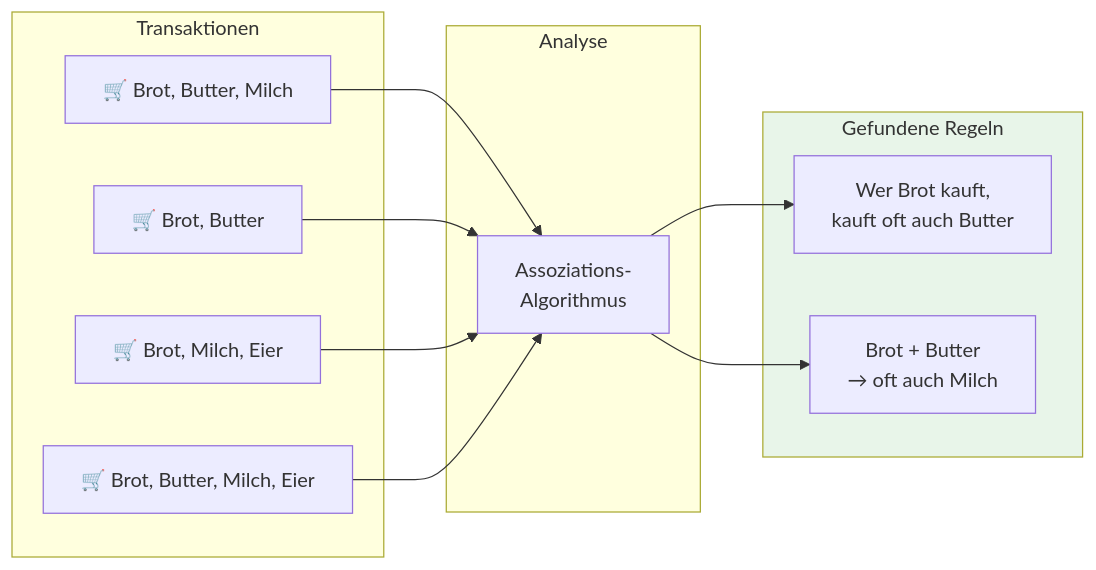
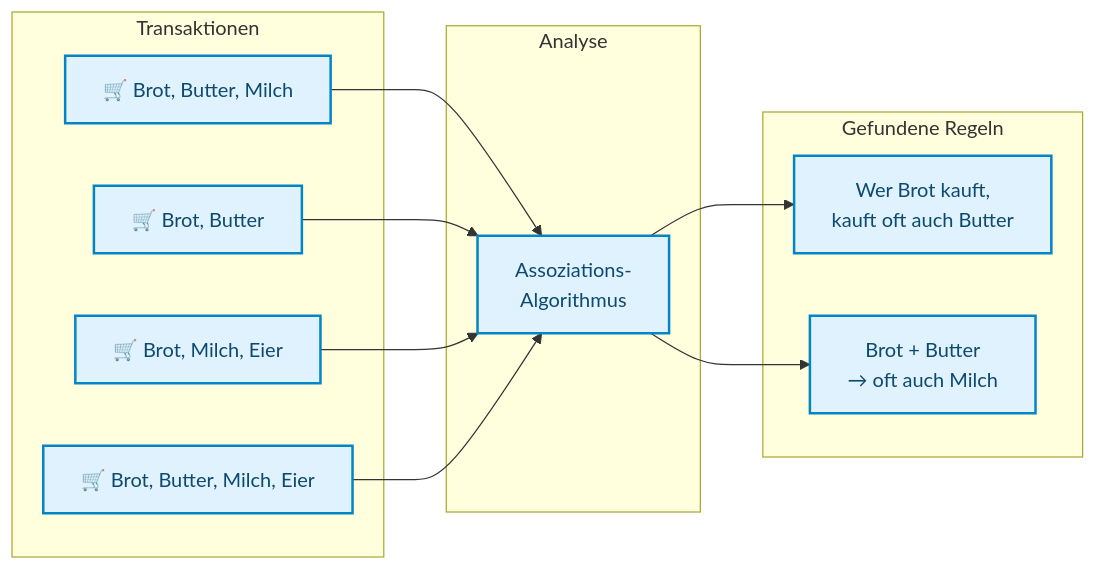
One commit to ralf-42/ML_Intro changed diagram 12 of 14 in docs/concepts/grundlagen/machine_learning_grundlagen.md. Above: the diagram before and after it, drawn with Mermaid. The commit also changed other lines of this file and 67 other files, not shown here.

````diff
--- a/docs/concepts/grundlagen/machine_learning_grundlagen.md
+++ b/docs/concepts/grundlagen/machine_learning_grundlagen.md
@@ -445,27 +455,27 @@
 ```mermaid
 flowchart LR
     subgraph transactions["Transaktionen"]
         T1["🛒 Brot, Butter, Milch"]
         T2["🛒 Brot, Butter"]
         T3["🛒 Brot, Milch, Eier"]
         T4["🛒 Brot, Butter, Milch, Eier"]
     end
     
     subgraph analysis["Analyse"]
         ALG["Assoziations-<br/>Algorithmus"]
     end
     
     subgraph rules["Gefundene Regeln"]
         R1["Wer Brot kauft,<br/>kauft oft auch Butter"]
         R2["Brot + Butter<br/>→ oft auch Milch"]
     end
     
     T1 --> ALG
     T2 --> ALG
     T3 --> ALG
     T4 --> ALG
     ALG --> R1
     ALG --> R2
-    
-    style rules fill:#e8f5e9
+
+    classDef default fill:#e0f2fe,stroke:#0284c7,stroke-width:2px,color:#0c4a6e;
 ```
````
